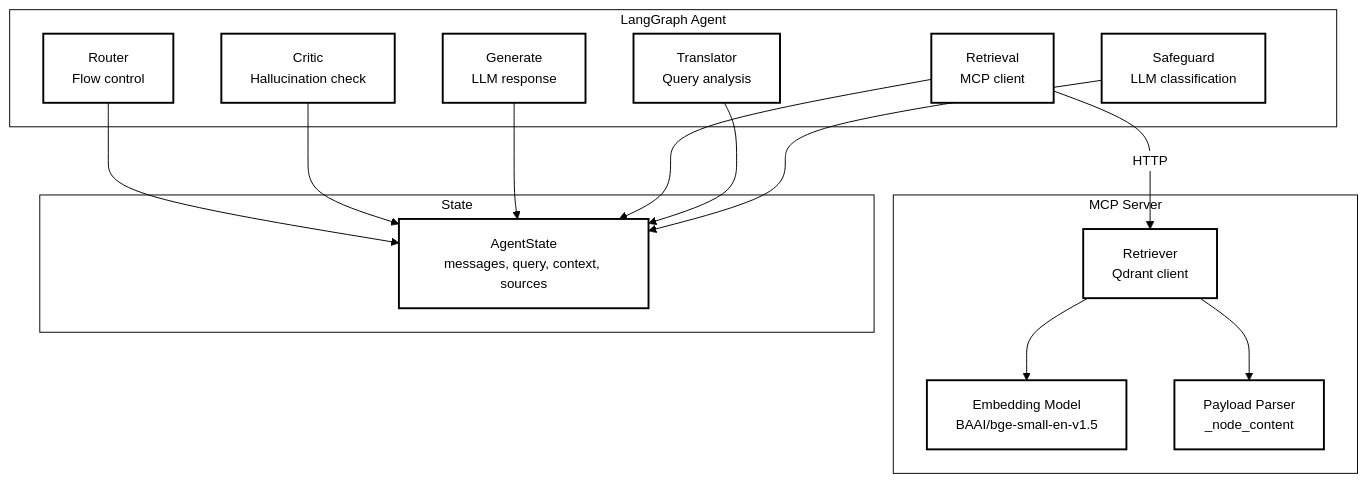
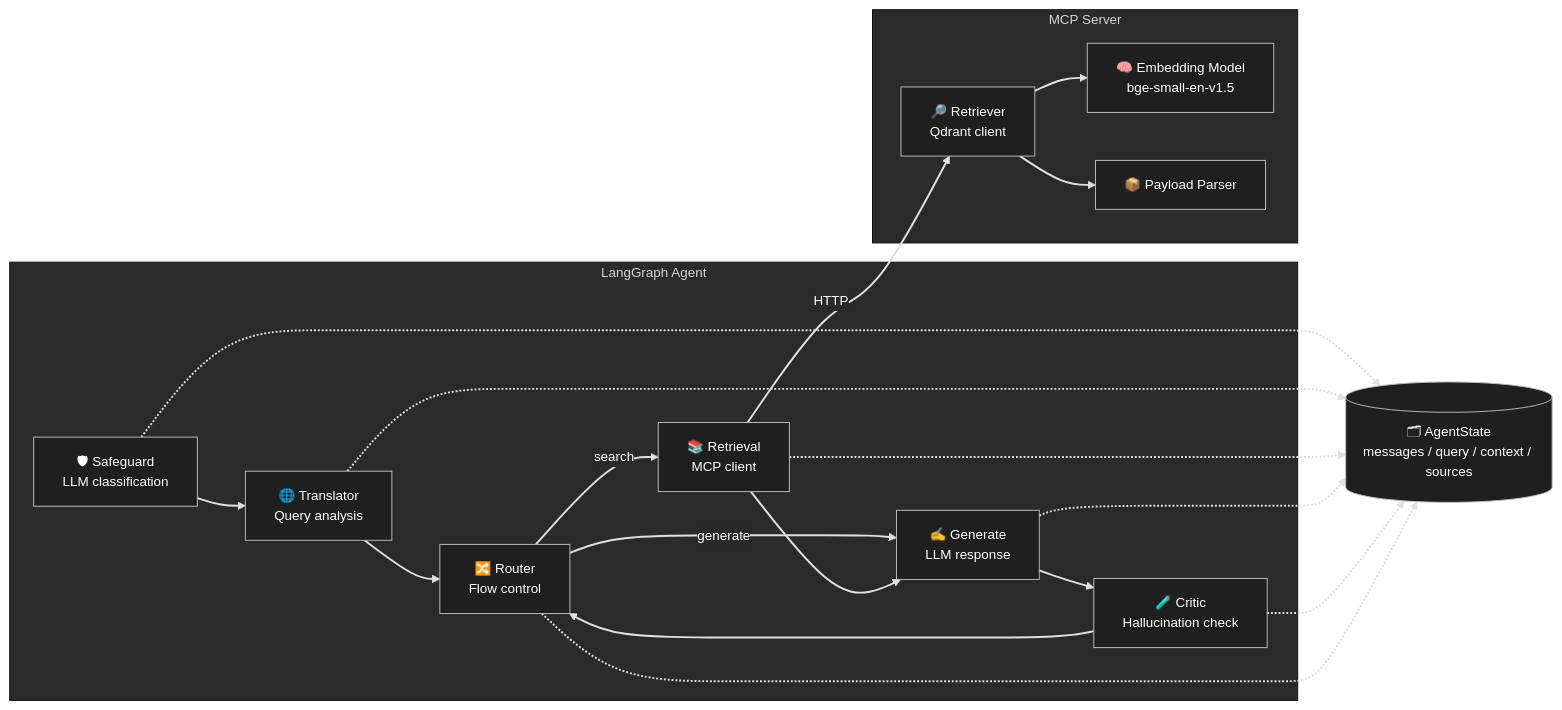
The diagram in docs/diagrams/component.md (EugeneRomanov/agentic-rag-research-assistant), drawn with Mermaid before and after one commit. The commit also changed 9 other files, not shown here.

Commit message:
docs: update diagrams and improve formatting

````diff
--- a/docs/diagrams/component.md
+++ b/docs/diagrams/component.md
@@ -1,49 +1,61 @@
 ```mermaid
 %%{init: {'theme': 'base', 'themeVariables': {
-  'background': '#ffffff',
-  'primaryColor': '#ffffff',
-  'primaryBorderColor': '#000000',
-  'primaryTextColor': '#000000',
-  'lineColor': '#000000',
-  'fontFamily': 'arial',
+  'background': 'transparent',
+  'primaryColor': '#1f1f1f',
+  'primaryBorderColor': '#bbbbbb',
+  'primaryTextColor': '#ffffff',
+  'secondaryColor': '#2a2a2a',
+  'tertiaryColor': '#2a2a2a',
+  'lineColor': '#e0e0e0',
+  'fontFamily': 'Inter, Arial',
   'fontSize': '14px'
 }}}%%
 
-graph TD
-    subgraph LangGraph_Agent [LangGraph Agent]
-        Safeguard[Safeguard<br/>LLM classification]
-        Translator[Translator<br/>Query analysis]
-        Retrieval[Retrieval<br/>MCP client]
-        Generate[Generate<br/>LLM response]
-        Critic[Critic<br/>Hallucination check]
-        Router[Router<br/>Flow control]
+flowchart LR
+
+    %% === LangGraph Agent ===
+    subgraph "LangGraph Agent"
+        Safeguard[🛡 Safeguard<br/>LLM classification]
+        Translator[🌐 Translator<br/>Query analysis]
+        Router[🔀 Router<br/>Flow control]
+        Retrieval[📚 Retrieval<br/>MCP client]
+        Generate[✍️ Generate<br/>LLM response]
+        Critic[🧪 Critic<br/>Hallucination check]
     end
-    
-    subgraph MCP_Server [MCP Server]
-        Retriever[Retriever<br/>Qdrant client]
-        Embedding[Embedding Model<br/>BAAI/bge-small-en-v1.5]
-        Parser[Payload Parser<br/>_node_content]
+
+    %% === MCP Server ===
+    subgraph "MCP Server"
+        Retriever[🔎 Retriever<br/>Qdrant client]
+        Embedding[🧠 Embedding Model<br/>bge-small-en-v1.5]
+        Parser[📦 Payload Parser]
     end
-    
-    subgraph State [State]
-        StateBox[AgentState<br/>messages, query, context, sources]
-    end
-    
-    Safeguard --> StateBox
-    Translator --> StateBox
-    Retrieval --> StateBox
-    Generate --> StateBox
-    Critic --> StateBox
-    Router --> StateBox
-    
+
+    %% === State ===
+    StateBox[(🗂 AgentState<br/>messages / query / context / sources)]
+
+    %% === Main Flow ===
+    Safeguard --> Translator --> Router
+
+    Router -->|search| Retrieval
+    Router -->|generate| Generate
+
+    Retrieval --> Generate
+    Generate --> Critic
+    Critic --> Router
+
+    %% === MCP interaction ===
     Retrieval -->|HTTP| Retriever
     Retriever --> Embedding
     Retriever --> Parser
-    
-    classDef white fill:#ffffff,stroke:#000000,stroke-width:2px,color:#000000
-    classDef subgraphStyle fill:#ffffff,stroke:#000000,stroke-width:1px,color:#000000
-    
-    class Safeguard,Translator,Retrieval,Generate,Critic,Router,StateBox,Retriever,Embedding,Parser white
-    class LangGraph_Agent,MCP_Server,State subgraphStyle
 
+    %% === State connections (simplified) ===
+    Safeguard -.-> StateBox
+    Translator -.-> StateBox
+    Retrieval -.-> StateBox
+    Generate -.-> StateBox
+    Critic -.-> StateBox
+    Router -.-> StateBox
+
+    %% === Visibility fix ===
+    linkStyle default stroke:#e0e0e0,stroke-width:2px
 ```
````
